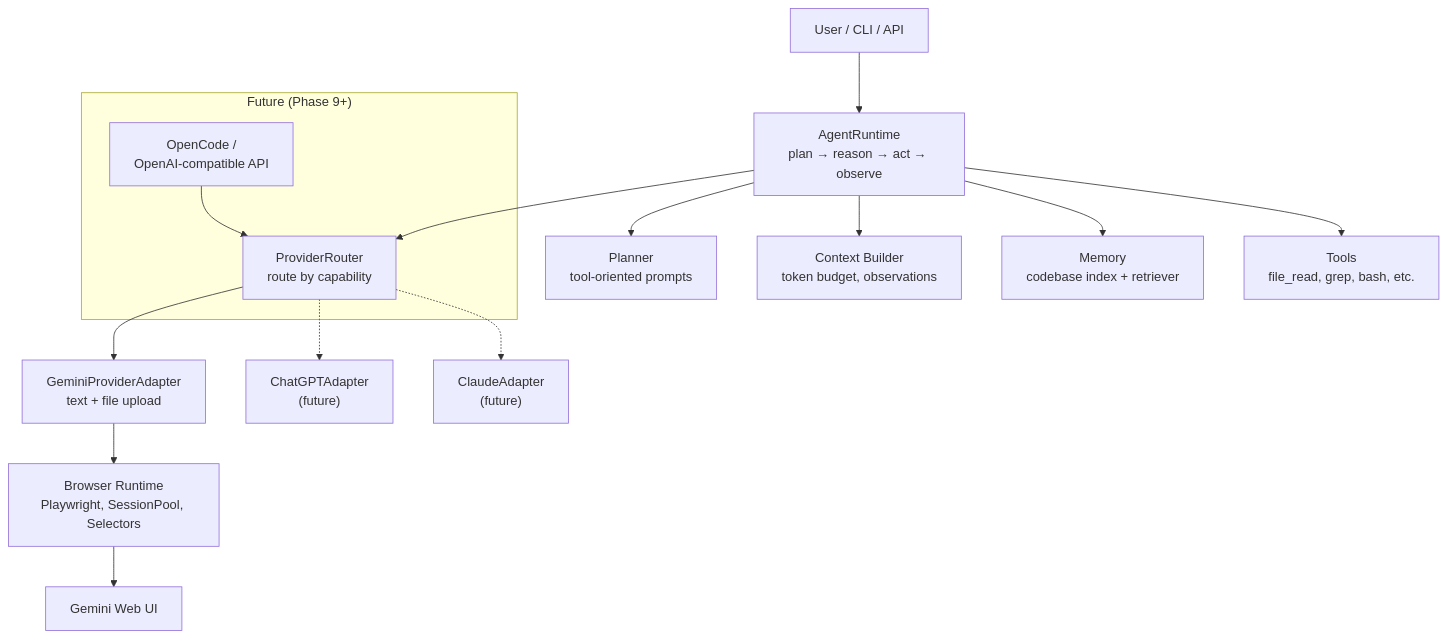
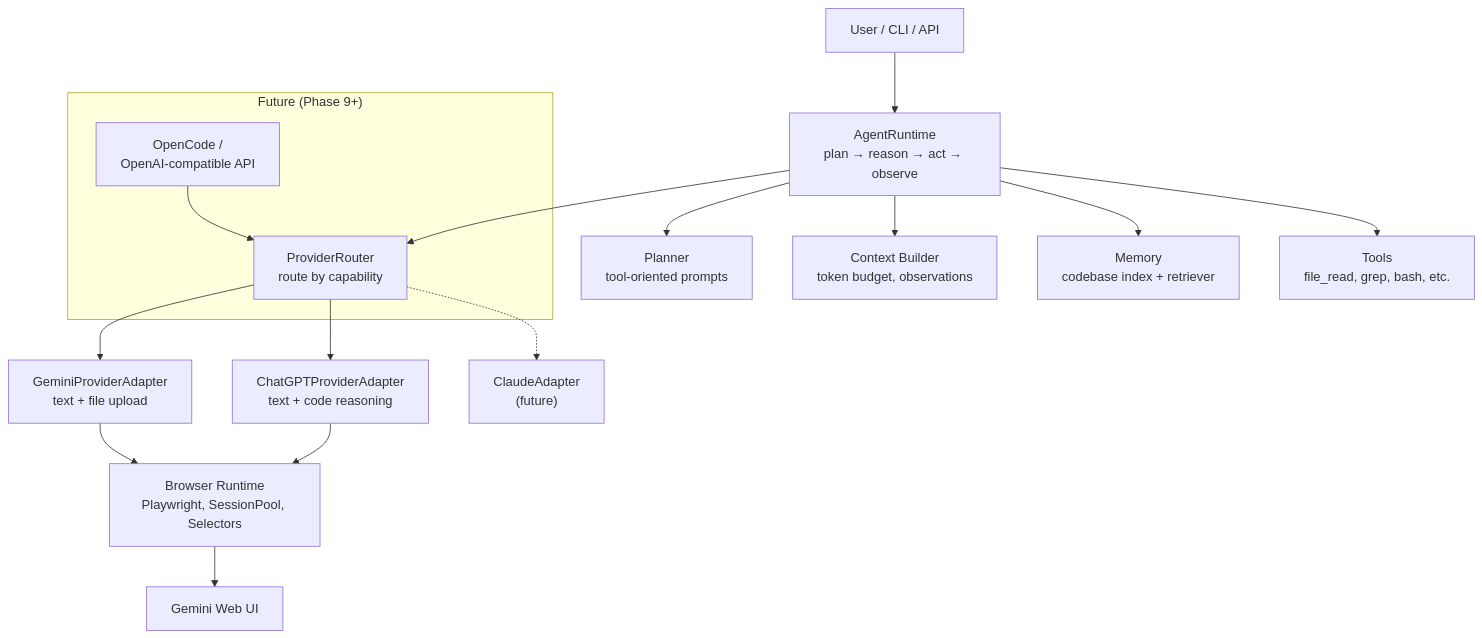
Before and after one commit to Vinay-003/Subscription-bridge: the diagram in README.md, drawn with Mermaid. The commit also changed other lines of this file and 15 other files, not shown here.

````diff
--- a/README.md
+++ b/README.md
@@ -32,32 +32,33 @@
 ```mermaid
 flowchart TB
     User["User / CLI / API"]
     AR["AgentRuntime<br/>plan → reason → act → observe"]
     PL["Planner<br/>tool-oriented prompts"]
     CB["Context Builder<br/>token budget, observations"]
     ME["Memory<br/>codebase index + retriever"]
     TO["Tools<br/>file_read, grep, bash, etc."]
     PR["ProviderRouter<br/>route by capability"]
     GP["GeminiProviderAdapter<br/>text + file upload"]
-    CP["ChatGPTAdapter<br/>(future)"]
+    CP["ChatGPTProviderAdapter<br/>text + code reasoning"]
     CL["ClaudeAdapter<br/>(future)"]
     BR["Browser Runtime<br/>Playwright, SessionPool, Selectors"]
     GW["Gemini Web UI"]
 
     User --> AR
     AR --> PL
     AR --> CB
     AR --> ME
     AR --> TO
     AR --> PR
     PR --> GP
-    PR -.-> CP
+    PR --> CP
     PR -.-> CL
     GP --> BR
+    CP --> BR
     BR --> GW
 
     subgraph future ["Future (Phase 9+)"]
         OC["OpenCode /<br/>OpenAI-compatible API"]
         OC --> PR
     end
 ```
````
